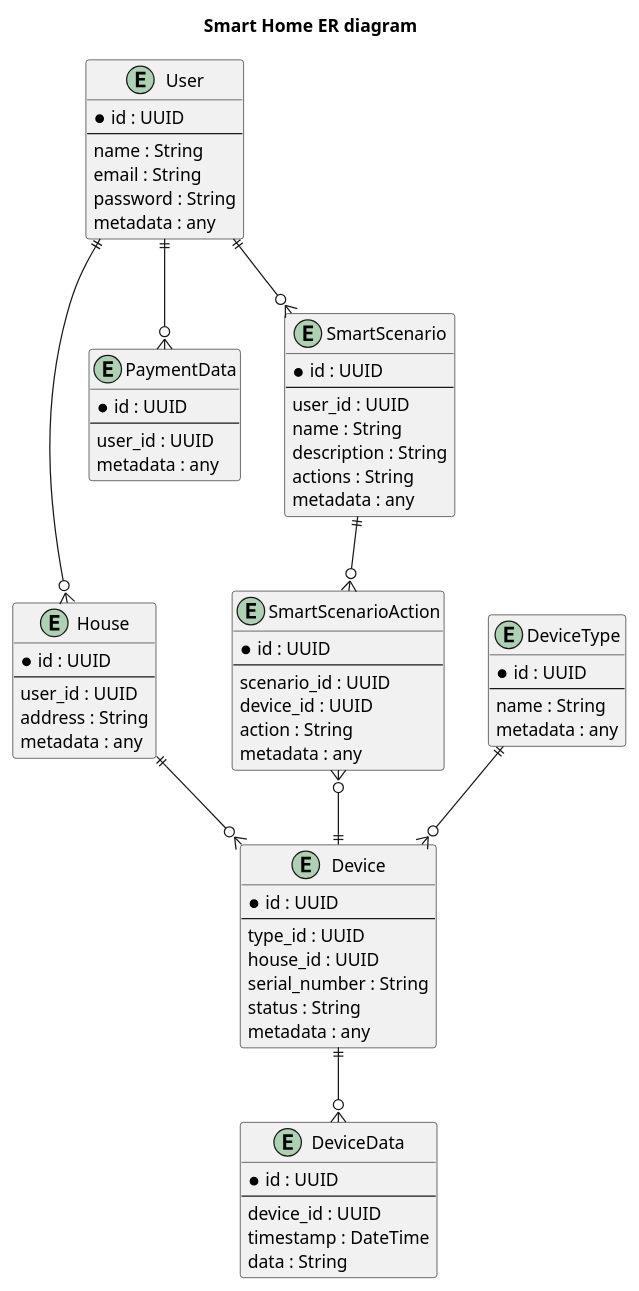
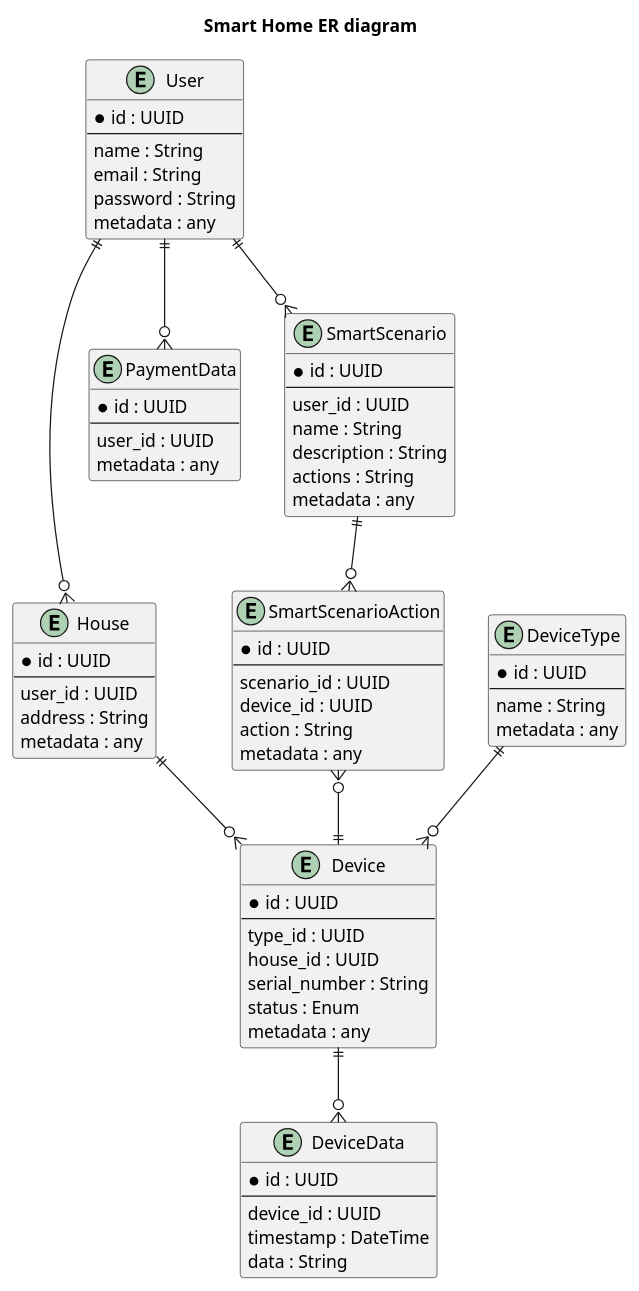
One commit to AlbertDavletov/architecture-sprint-3 changed the diagram in docs/er/smart-home-er.puml. Above: the diagram before and after it, drawn with PlantUML. The commit also changed 6 other files, not shown here.

```diff
--- a/docs/er/smart-home-er.puml
+++ b/docs/er/smart-home-er.puml
@@ -1,74 +1,74 @@
 @startuml
 title Smart Home ER diagram
 
 entity  User {
     * id : UUID
     --
     name : String
     email : String
     password : String
     metadata : any
 }
 entity House {
     * id : UUID
     --
     user_id : UUID
     address : String
     metadata : any
 }
 entity Device {
     * id : UUID
     --
     type_id : UUID
     house_id : UUID
     serial_number : String
-    status : String
+    status : Enum
     metadata : any
 }
 entity DeviceType {
     * id : UUID
     --
     name : String
     metadata : any
 }
 entity DeviceData {
     * id : UUID
     --
     device_id : UUID
     timestamp : DateTime
     data : String
 }
 entity PaymentData {
     * id : UUID
     --
     user_id : UUID
     metadata : any
 }
 entity SmartScenario {
     * id : UUID
     --
     user_id : UUID
     name : String
     description : String
     actions : String
     metadata : any
 }
 entity SmartScenarioAction {
     * id : UUID
     --
     scenario_id : UUID
     device_id : UUID
     action : String
     metadata : any
 }
 
 User ||--o{ House
 House ||--o{ Device
 Device ||--o{ DeviceData
 DeviceType ||--o{ Device
 User ||--o{ PaymentData
 User ||--o{ SmartScenario
 SmartScenario ||--o{ SmartScenarioAction
 SmartScenarioAction }o--|| Device
 
 @enduml
```
